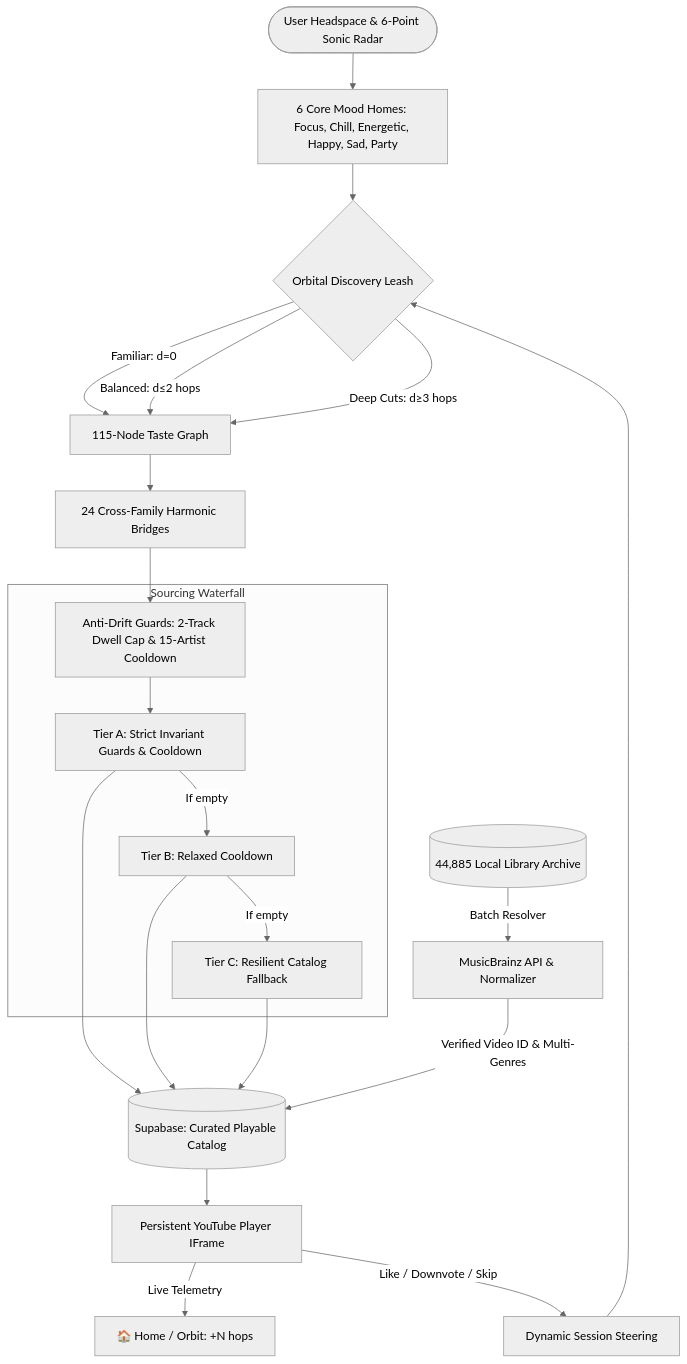
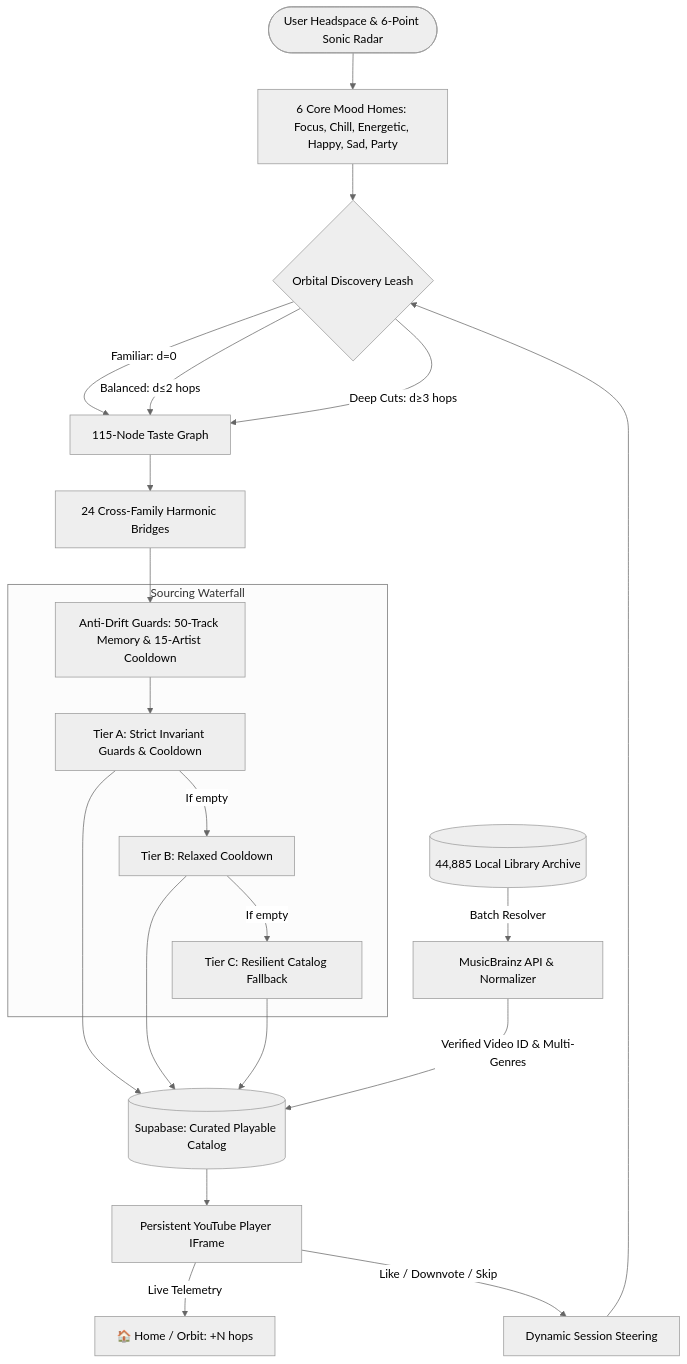
Before and after one commit to corneliunitoi/MusicMood: the diagram in README.md, drawn with Mermaid (neutral theme). The commit also changed other lines of this file and 11 other files, not shown here.

````diff
--- a/README.md
+++ b/README.md
@@ -35,30 +35,30 @@
 ```mermaid
 flowchart TD
     User([User Headspace & 6-Point Sonic Radar]) --> MoodHomes[6 Core Mood Homes: Focus, Chill, Energetic, Happy, Sad, Party]
     MoodHomes --> OrbitalLeash{Orbital Discovery Leash}
     
     OrbitalLeash -->|Familiar: d=0| TasteGraph[115-Node Taste Graph]
     OrbitalLeash -->|Balanced: d≤2 hops| TasteGraph
     OrbitalLeash -->|Deep Cuts: d≥3 hops| TasteGraph
     
     TasteGraph --> HarmonicBridges[24 Cross-Family Harmonic Bridges]
-    HarmonicBridges --> AntiDrift[Anti-Drift Guards: 2-Track Dwell Cap & 15-Artist Cooldown]
+    HarmonicBridges --> AntiDrift[Anti-Drift Guards: 50-Track Memory & 15-Artist Cooldown]
     
     subgraph Sourcing Waterfall
         AntiDrift --> TierA[Tier A: Strict Invariant Guards & Cooldown]
         TierA -->|If empty| TierB[Tier B: Relaxed Cooldown]
         TierB -->|If empty| TierC[Tier C: Resilient Catalog Fallback]
     end
 
     TierA --> Catalog[(Supabase: Curated Playable Catalog)]
     TierB --> Catalog
     TierC --> Catalog
 
     Catalog --> Player[Persistent YouTube Player IFrame]
     Player -->|Live Telemetry| Telemetry["🏠 Home / Orbit: +N hops"]
     Player -->|Like / Downvote / Skip| Feedback[Dynamic Session Steering]
     Feedback --> OrbitalLeash
 
     Archive[(44,885 Local Library Archive)] -->|Batch Resolver| MusicBrainz[MusicBrainz API & Normalizer]
     MusicBrainz -->|Verified Video ID & Multi-Genres| Catalog
 ```
````
